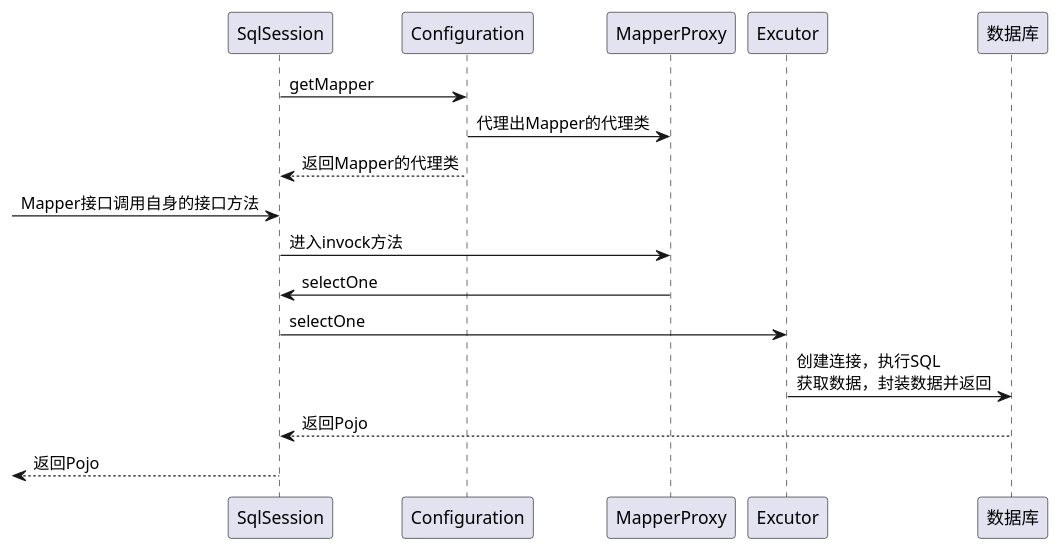
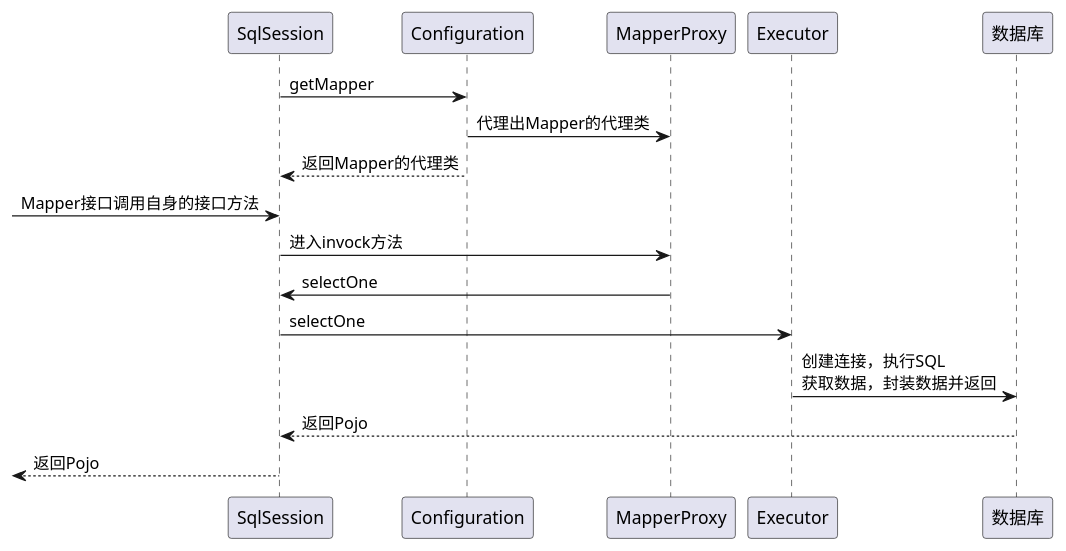
The diagram in README.md (Lanboo/XychBatis), drawn with PlantUML before and after one commit. The commit also changed other lines of this file and 2 other files, not shown here.

Commit message:
Executor单词拼错

````diff
--- a/README.md
+++ b/README.md
@@ -56,16 +56,16 @@
 ``` plantuml
 ////(多说一句，VSCode+Markdown Preview Enhanced插件+Graphviz应用程序  可以实现用PlanUML语法画UML图)
 ////代码如下，效果图如上
 @startuml
 SqlSession -> Configuration : getMapper
 Configuration -> MapperProxy : 代理出Mapper的代理类
 SqlSession <-- Configuration : 返回Mapper的代理类
 [->SqlSession : Mapper接口调用自身的接口方法
 SqlSession -> MapperProxy : 进入invock方法
 MapperProxy -> SqlSession : selectOne
-SqlSession -> Excutor : selectOne
-Excutor -> 数据库 : 创建连接，执行SQL\n获取数据，封装数据并返回
+SqlSession -> Executor : selectOne
+Executor -> 数据库 : 创建连接，执行SQL\n获取数据，封装数据并返回
 SqlSession <-- 数据库 : 返回Pojo
 [<--SqlSession : 返回Pojo
 @enduml
 ```
````
